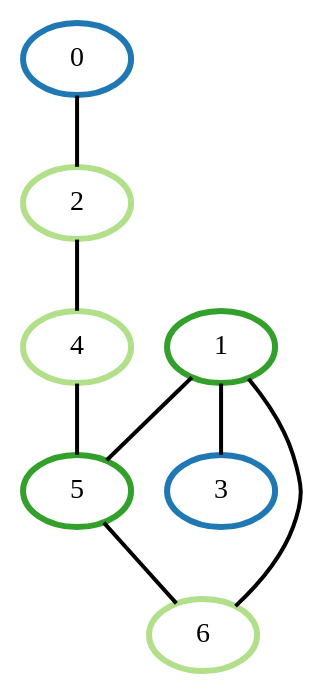
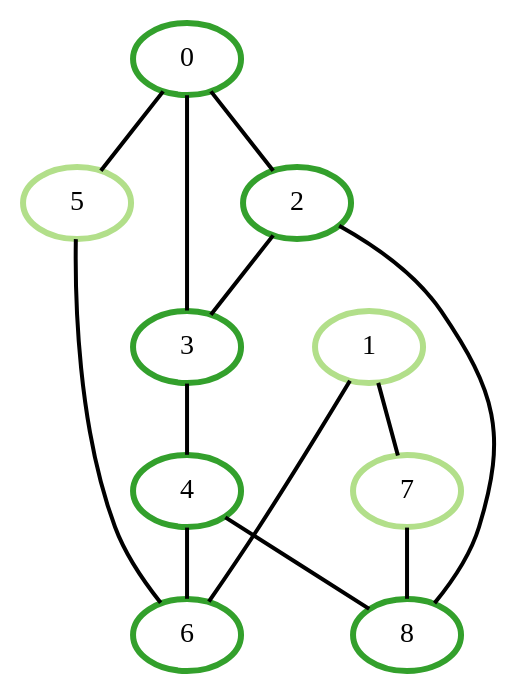
The diagram in GI/Results/colorful_3.dot (RobvEmous/Mod7Group2), drawn with Graphviz before and after one commit. The commit also changed 11 other files, not shown here.

```diff
--- a/GI/Results/colorful_3.dot
+++ b/GI/Results/colorful_3.dot
@@ -1,17 +1,24 @@
 graph G {
-    0 [penwidth=3,color=2, colorscheme=paired12]
-    1 [penwidth=3,color=4, colorscheme=paired12]
-    2 [penwidth=3,color=3, colorscheme=paired12]
-    3 [penwidth=3,color=2, colorscheme=paired12]
-    4 [penwidth=3,color=3, colorscheme=paired12]
-    5 [penwidth=3,color=4, colorscheme=paired12]
-    6 [penwidth=3,color=3, colorscheme=paired12]
+    0 [penwidth=3,color=4, colorscheme=paired12]
+    1 [penwidth=3,color=3, colorscheme=paired12]
+    2 [penwidth=3,color=4, colorscheme=paired12]
+    3 [penwidth=3,color=4, colorscheme=paired12]
+    4 [penwidth=3,color=4, colorscheme=paired12]
+    5 [penwidth=3,color=3, colorscheme=paired12]
+    6 [penwidth=3,color=4, colorscheme=paired12]
+    7 [penwidth=3,color=3, colorscheme=paired12]
+    8 [penwidth=3,color=4, colorscheme=paired12]
 
+    2--8 [penwidth=2]
+    0--3 [penwidth=2]
+    3--4 [penwidth=2]
+    4--8 [penwidth=2]
+    2--3 [penwidth=2]
+    0--5 [penwidth=2]
+    1--7 [penwidth=2]
+    5--6 [penwidth=2]
     0--2 [penwidth=2]
-    2--4 [penwidth=2]
-    4--5 [penwidth=2]
-    5--6 [penwidth=2]
-    1--5 [penwidth=2]
+    4--6 [penwidth=2]
+    7--8 [penwidth=2]
     1--6 [penwidth=2]
-    1--3 [penwidth=2]
 }
```
